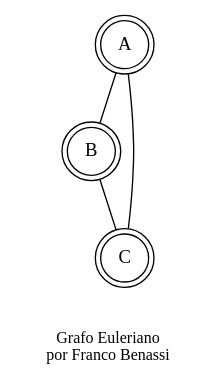
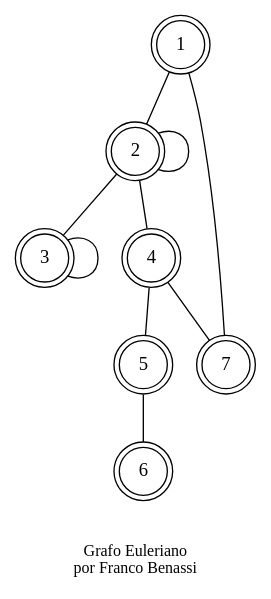
One commit to VinceBenassi/BenassiF-Repositorio changed the diagram in euleriano.gv. Above: the diagram before and after it, drawn with Graphviz. The commit also changed 17 other files, not shown here.

```diff
--- a/euleriano.gv
+++ b/euleriano.gv
@@ -1,12 +1,30 @@
 graph G {
 	node [shape=doublecircle]
-	A
-	A -- B
+	1
+	1 -- 2
 	node [shape=doublecircle]
-	B
-	B -- C
+	1
+	1 -- 7
 	node [shape=doublecircle]
-	C
-	C -- A
+	2
+	2 -- 2
+	node [shape=doublecircle]
+	2
+	2 -- 3
+	node [shape=doublecircle]
+	2
+	2 -- 4
+	node [shape=doublecircle]
+	3
+	3 -- 3
+	node [shape=doublecircle]
+	4
+	4 -- 5
+	node [shape=doublecircle]
+	4
+	4 -- 7
+	node [shape=doublecircle]
+	5
+	5 -- 6
 	fontsize=12 label="\n\nGrafo Euleriano\n por Franco Benassi"
 }
```
